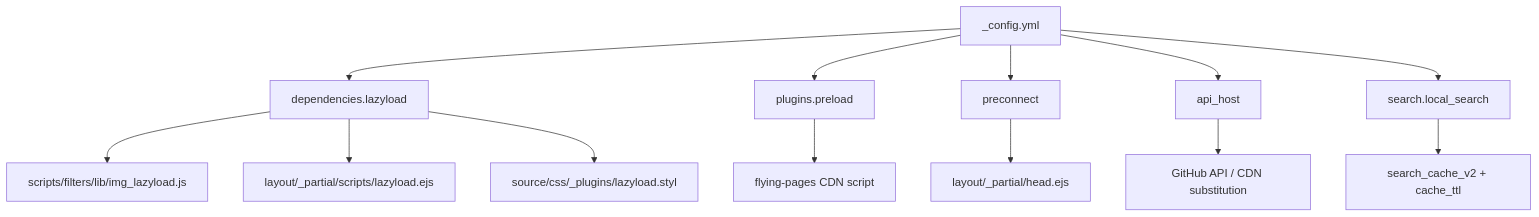
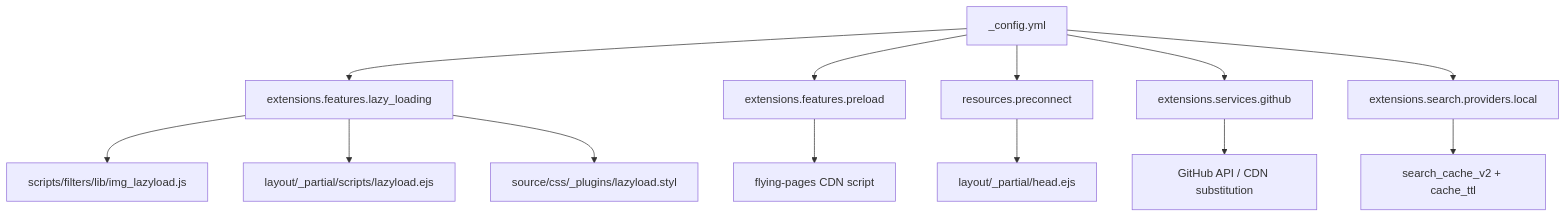
Before and after one commit to xaoxuu/hexo-theme-stellar: the first of 3 diagrams in docs/knowledge/09-高级主题/performance.md, drawn with Mermaid. The commit also changed other lines of this file and 124 other files, not shown here.

````diff
--- a/docs/knowledge/09-高级主题/performance.md
+++ b/docs/knowledge/09-高级主题/performance.md
@@ -51,20 +51,20 @@
 ```mermaid
 flowchart TD
-  A["_config.yml"] --> B["dependencies.lazyload"]
-  A --> D["plugins.preload"]
-  A --> E["preconnect"]
-  A --> F["api_host"]
-  A --> G["search.local_search"]
+  A["_config.yml"] --> B["extensions.features.lazy_loading"]
+  A --> D["extensions.features.preload"]
+  A --> E["resources.preconnect"]
+  A --> F["extensions.services.github"]
+  A --> G["extensions.search.providers.local"]
 
   B --> B1["scripts/filters/lib/img_lazyload.js"]
   B --> B2["layout/_partial/scripts/lazyload.ejs"]
   B --> B3["source/css/_plugins/lazyload.styl"]
 
   D --> D1["flying-pages CDN script"]
 
   E --> E2["layout/_partial/head.ejs"]
 
   F --> F1["GitHub API / CDN substitution"]
 
   G --> G1["search_cache_v2 + cache_ttl"]
 ```
````
